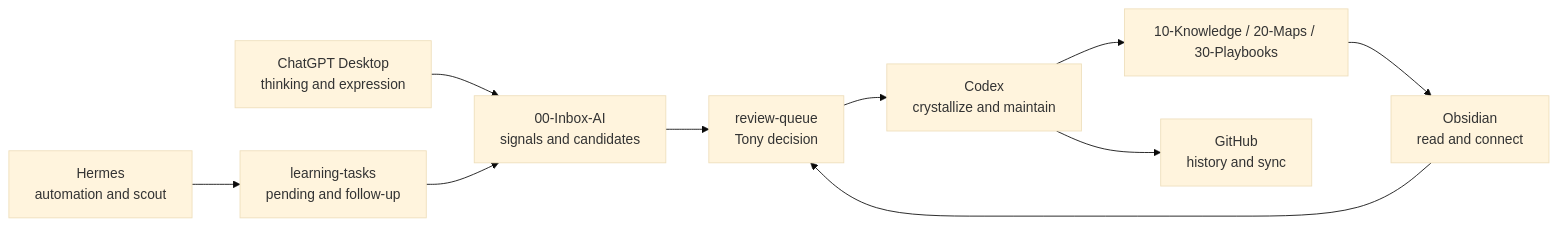
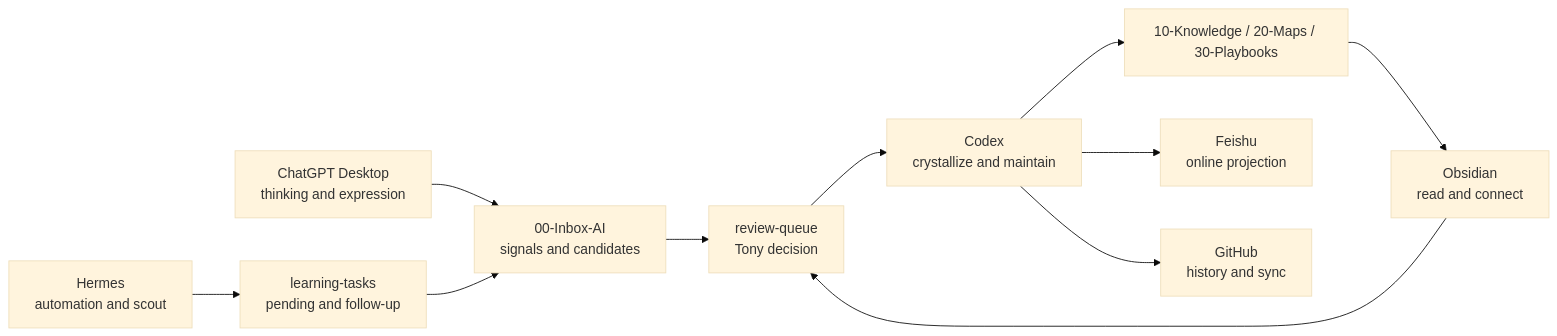
One commit to superliyang/tony-ai-wiki-2026 changed the diagram in 20-Maps/跨工具协作地图.md. Above: the diagram before and after it, drawn with Mermaid (base theme). The commit also changed other lines of this file and 141 other files, not shown here.

````diff
--- a/20-Maps/跨工具协作地图.md
+++ b/20-Maps/跨工具协作地图.md
@@ -28,12 +37,13 @@
 ```mermaid
 flowchart LR
     ChatGPT["ChatGPT Desktop<br/>thinking and expression"] --> Inbox["00-Inbox-AI<br/>signals and candidates"]
     Hermes["Hermes<br/>automation and scout"] --> Tasks["learning-tasks<br/>pending and follow-up"]
     Tasks --> Inbox
     Inbox --> Review["review-queue<br/>Tony decision"]
     Review --> Codex["Codex<br/>crystallize and maintain"]
     Codex --> Knowledge["10-Knowledge / 20-Maps / 30-Playbooks"]
     Knowledge --> Obsidian["Obsidian<br/>read and connect"]
+    Codex --> Feishu["Feishu<br/>online projection"]
     Codex --> GitHub["GitHub<br/>history and sync"]
     Obsidian --> Review
 ```
````
